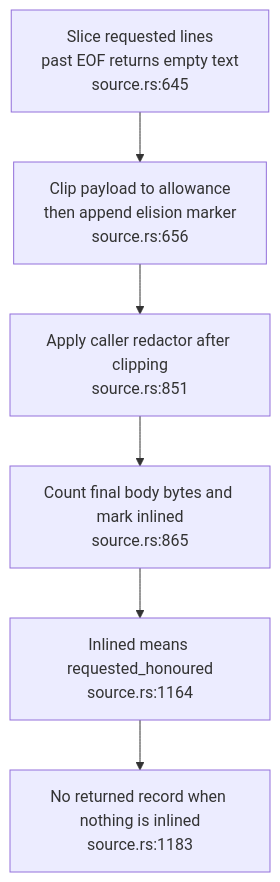
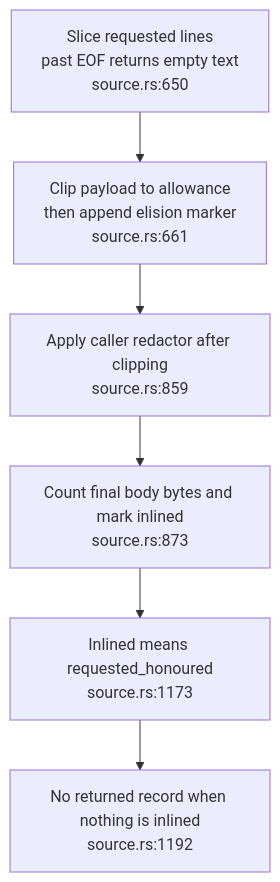
The third of 3 diagrams in docs/diagrams/dream-engine/03-recovery-and-source-supply.md (DreamLab-AI/VisionFlow), drawn with Mermaid before and after one commit. The commit also changed other lines of this file and 36 other files, not shown here.

First line of the commit message:
docs(diagrams): re-derive and re-stamp agentbox, dream-engine, visioncraft, visiontouch and vowl topics; drop LAN addresses

````diff
--- a/docs/diagrams/dream-engine/03-recovery-and-source-supply.md
+++ b/docs/diagrams/dream-engine/03-recovery-and-source-supply.md
@@ -59,8 +59,8 @@
 ```mermaid
 flowchart TB
-    RANGE["Slice requested lines<br/>past EOF returns empty text<br/>source.rs:645"] --> CLIP["Clip payload to allowance<br/>then append elision marker<br/>source.rs:656"]
-    CLIP --> REDACT["Apply caller redactor after clipping<br/>source.rs:851"]
-    REDACT --> COUNT["Count final body bytes and mark inlined<br/>source.rs:865"]
-    COUNT --> HONOUR["Inlined means requested_honoured<br/>source.rs:1164"]
-    HONOUR --> RESULT["No returned record when nothing is inlined<br/>source.rs:1183"]
+    RANGE["Slice requested lines<br/>past EOF returns empty text<br/>source.rs:650"] --> CLIP["Clip payload to allowance<br/>then append elision marker<br/>source.rs:661"]
+    CLIP --> REDACT["Apply caller redactor after clipping<br/>source.rs:859"]
+    REDACT --> COUNT["Count final body bytes and mark inlined<br/>source.rs:873"]
+    COUNT --> HONOUR["Inlined means requested_honoured<br/>source.rs:1173"]
+    HONOUR --> RESULT["No returned record when nothing is inlined<br/>source.rs:1192"]
 ```
````
